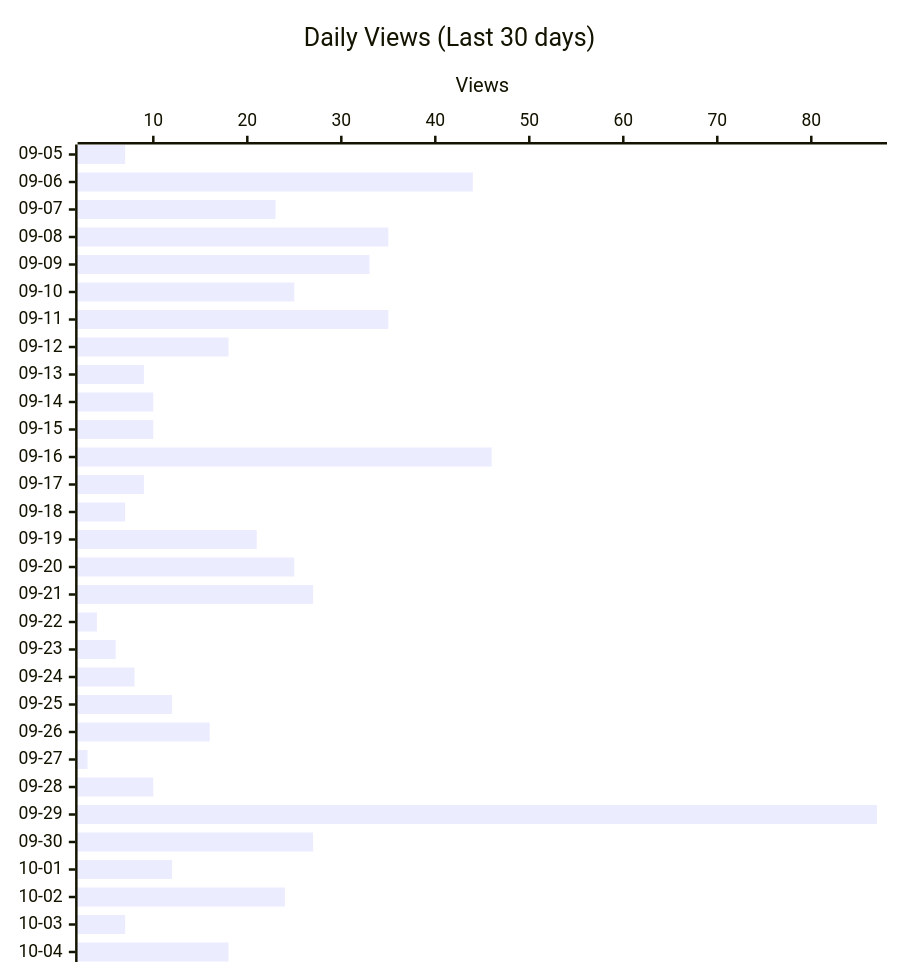
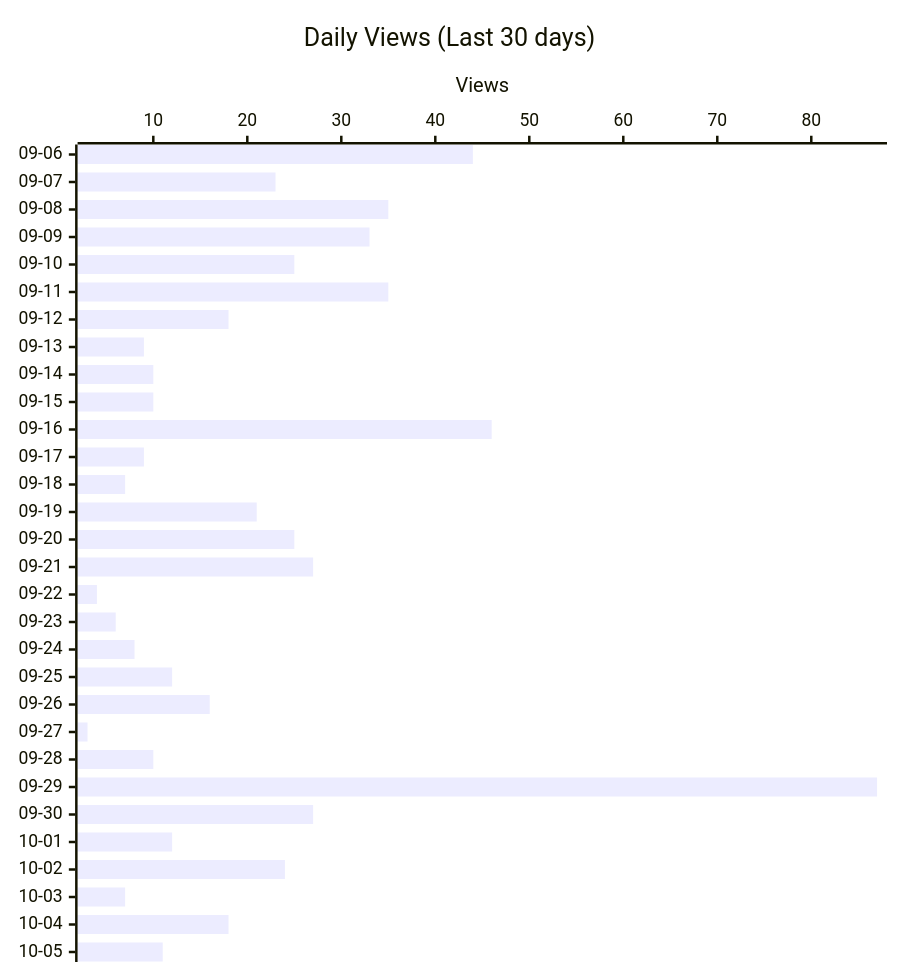
Before and after one commit to shigechika/github-insights: the second of 4 diagrams in README.md, drawn with Mermaid. The commit also changed other lines of this file and 2 other files, not shown here.

````diff
--- a/README.md
+++ b/README.md
@@ -28,12 +28,12 @@
 ```mermaid
 ---
 config:
   xyChart:
     height: 760
 ---
 xychart-beta horizontal
     title "Daily Views (Last 30 days)"
-    x-axis ["09-05", "09-06", "09-07", "09-08", "09-09", "09-10", "09-11", "09-12", "09-13", "09-14", "09-15", "09-16", "09-17", "09-18", "09-19", "09-20", "09-21", "09-22", "09-23", "09-24", "09-25", "09-26", "09-27", "09-28", "09-29", "09-30", "10-01", "10-02", "10-03", "10-04"]
+    x-axis ["09-06", "09-07", "09-08", "09-09", "09-10", "09-11", "09-12", "09-13", "09-14", "09-15", "09-16", "09-17", "09-18", "09-19", "09-20", "09-21", "09-22", "09-23", "09-24", "09-25", "09-26", "09-27", "09-28", "09-29", "09-30", "10-01", "10-02", "10-03", "10-04", "10-05"]
     y-axis "Views"
-    bar [7, 44, 23, 35, 33, 25, 35, 18, 9, 10, 10, 46, 9, 7, 21, 25, 27, 4, 6, 8, 12, 16, 3, 10, 87, 27, 12, 24, 7, 18]
+    bar [44, 23, 35, 33, 25, 35, 18, 9, 10, 10, 46, 9, 7, 21, 25, 27, 4, 6, 8, 12, 16, 3, 10, 87, 27, 12, 24, 7, 18, 11]
 ```
````
